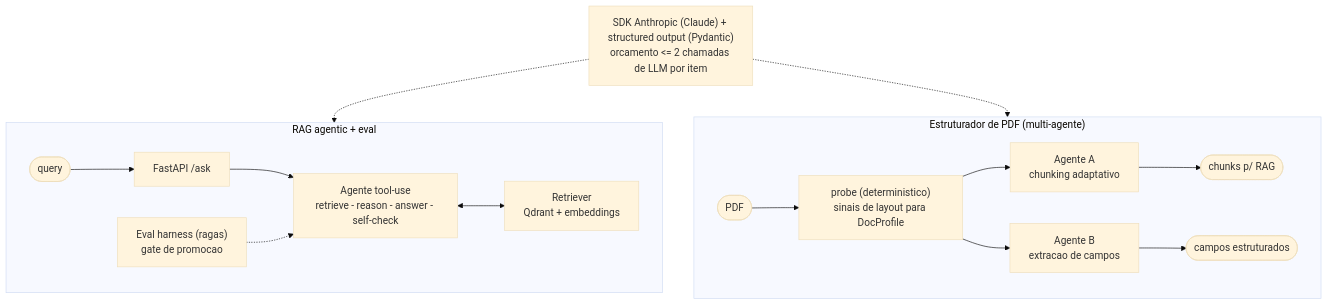
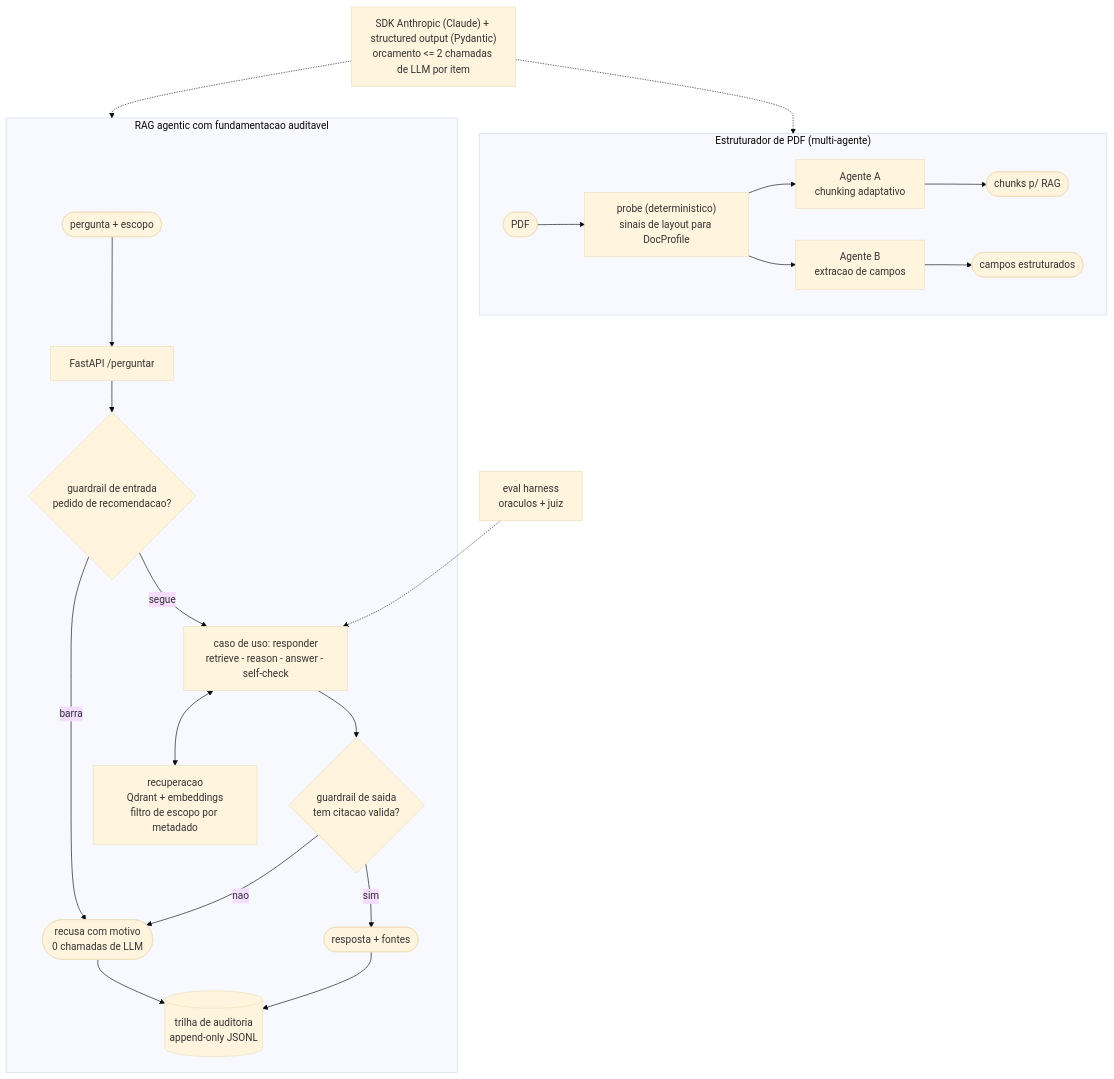
The first of 6 diagrams in docs/architecture.md (Calazansmacchiutti/agentic-rag-eval), drawn with Mermaid (base theme) before and after one commit. The commit also changed other lines of this file and 10 other files, not shown here.

````diff
--- a/docs/architecture.md
+++ b/docs/architecture.md
@@ -8,22 +10,29 @@
 ```mermaid
 flowchart TB
   core["SDK Anthropic (Claude) + structured output (Pydantic)<br/>orcamento &lt;= 2 chamadas de LLM por item"]
 
-  subgraph RAG["RAG agentic + eval"]
-    Q([query]) --> API["FastAPI /ask"]
-    API --> AG["Agente tool-use<br/>retrieve - reason - answer - self-check"]
-    AG <--> RET["Retriever<br/>Qdrant + embeddings"]
-    EV["Eval harness (ragas)<br/>gate de promocao"] -.-> AG
+  subgraph RAG["RAG agentic com fundamentacao auditavel"]
+    Q([pergunta + escopo]) --> API["FastAPI /perguntar"]
+    API --> GIN{"guardrail de entrada<br/>pedido de recomendacao?"}
+    GIN -- barra --> REC(["recusa com motivo<br/>0 chamadas de LLM"])
+    GIN -- segue --> AG["caso de uso: responder<br/>retrieve - reason - answer - self-check"]
+    AG <--> RET["recuperacao<br/>Qdrant + embeddings<br/>filtro de escopo por metadado"]
+    AG --> GOUT{"guardrail de saida<br/>tem citacao valida?"}
+    GOUT -- nao --> REC
+    GOUT -- sim --> OK(["resposta + fontes"])
+    REC --> AUD[("trilha de auditoria<br/>append-only JSONL")]
+    OK --> AUD
   end
 
   subgraph PDFS["Estruturador de PDF (multi-agente)"]
     P([PDF]) --> PROBE["probe (deterministico)<br/>sinais de layout para DocProfile"]
     PROBE --> A["Agente A<br/>chunking adaptativo"]
     PROBE --> B["Agente B<br/>extracao de campos"]
     A --> CH([chunks p/ RAG])
     B --> FI([campos estruturados])
   end
 
+  EV["eval harness<br/>oraculos + juiz"] -.-> AG
   core -.-> RAG
   core -.-> PDFS
 ```
````
